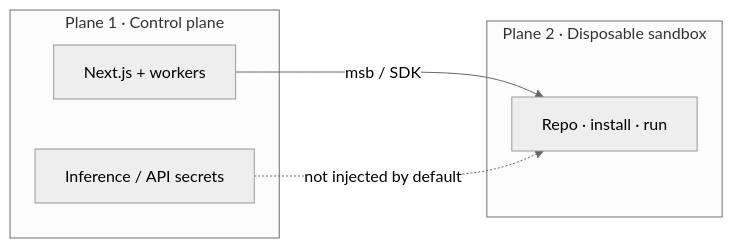
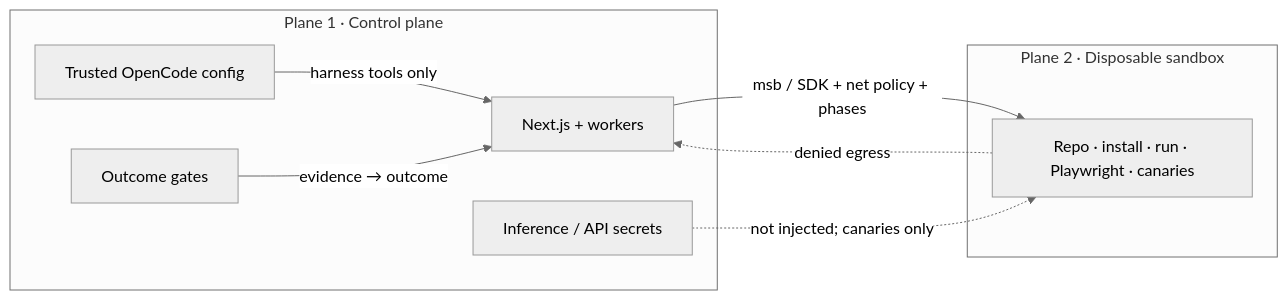
Before and after one commit to ludvigodin/killhub: the fifth of 6 diagrams in ARCHITECTURE.md, drawn with Mermaid (neutral theme). The commit also changed other lines of this file and 10 other files, not shown here.

Commit message:
Update AGENTS.md, API.md, ARCHITECTURE.md, DATABASE.md, and IMPLEMENTATION files

````diff
--- a/ARCHITECTURE.md
+++ b/ARCHITECTURE.md
@@ -284,12 +407,17 @@
 ```mermaid
 flowchart LR
   subgraph p1 ["Plane 1 · Control plane"]
     Next["Next.js + workers"]
     Keys["Inference / API secrets"]
+    OC["Trusted OpenCode config"]
+    Gates["Outcome gates"]
   end
   subgraph p2 ["Plane 2 · Disposable sandbox"]
-    Box["Repo · install · run"]
+    Box["Repo · install · run · Playwright · canaries"]
   end
-  Next -->|"msb / SDK"| Box
-  Keys -.->|"not injected by default"| Box
+  Next -->|"msb / SDK + net policy + phases"| Box
+  Keys -.->|"not injected; canaries only"| Box
+  Box -.->|"denied egress"| Next
+  OC -->|"harness tools only"| Next
+  Gates -->|"evidence → outcome"| Next
 ```
````
